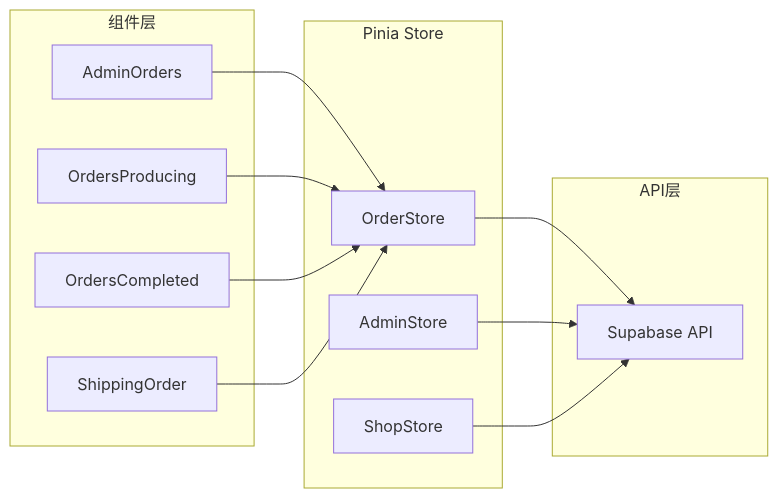
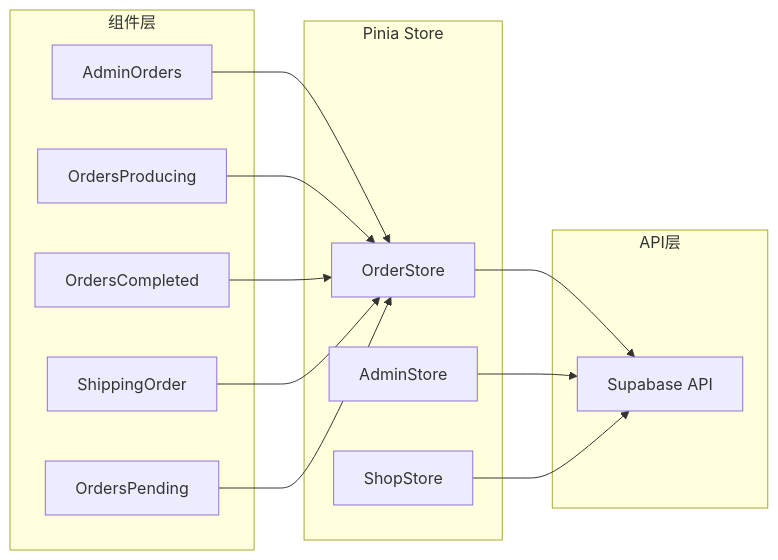
The seventh of 11 diagrams in .qoder/repowiki/zh/content/开发指南/订单处理工作流增强.md (SY6621/POD-Order-Management), drawn with Mermaid before and after one commit. The commit also changed other lines of this file and 16 other files, not shown here.

````diff
--- a/.qoder/repowiki/zh/content/开发指南/订单处理工作流增强.md
+++ b/.qoder/repowiki/zh/content/开发指南/订单处理工作流增强.md
@@ -339,24 +400,26 @@
 ```mermaid
 graph LR
 subgraph "Pinia Store"
 OS[OrderStore]
 AS[AdminStore]
 SS[ShopStore]
 end
 subgraph "组件层"
 AO[AdminOrders]
 PO[OrdersProducing]
 CO[OrdersCompleted]
 SO[ShippingOrder]
+OP[OrdersPending]
 end
 subgraph "API层"
 API[Supabase API]
 end
 OS --> API
 AS --> API
 SS --> API
 AO --> OS
 PO --> OS
 CO --> OS
 SO --> OS
+OP --> OS
 ```
````
